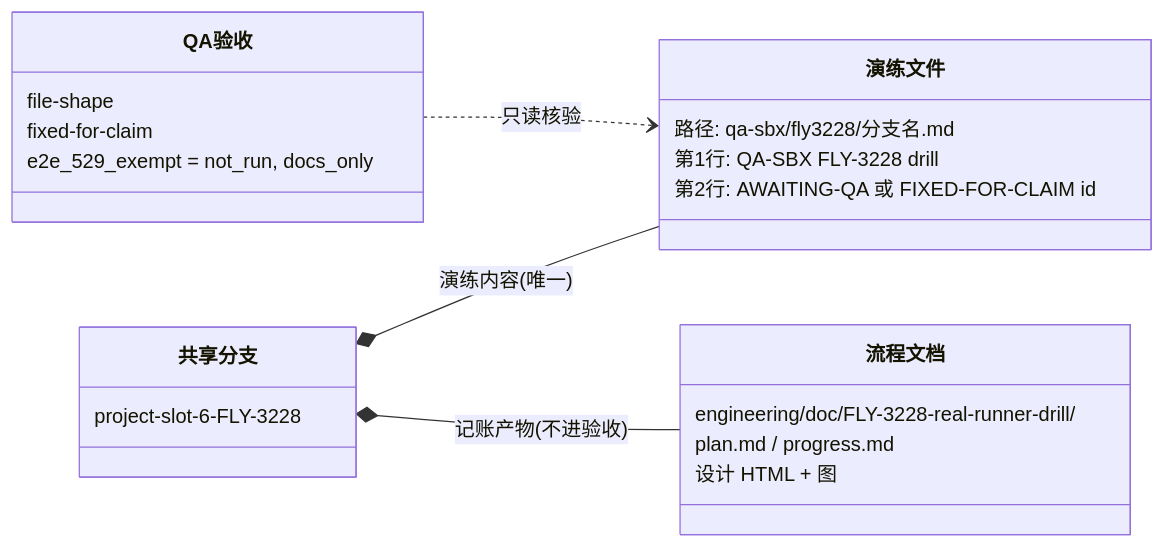
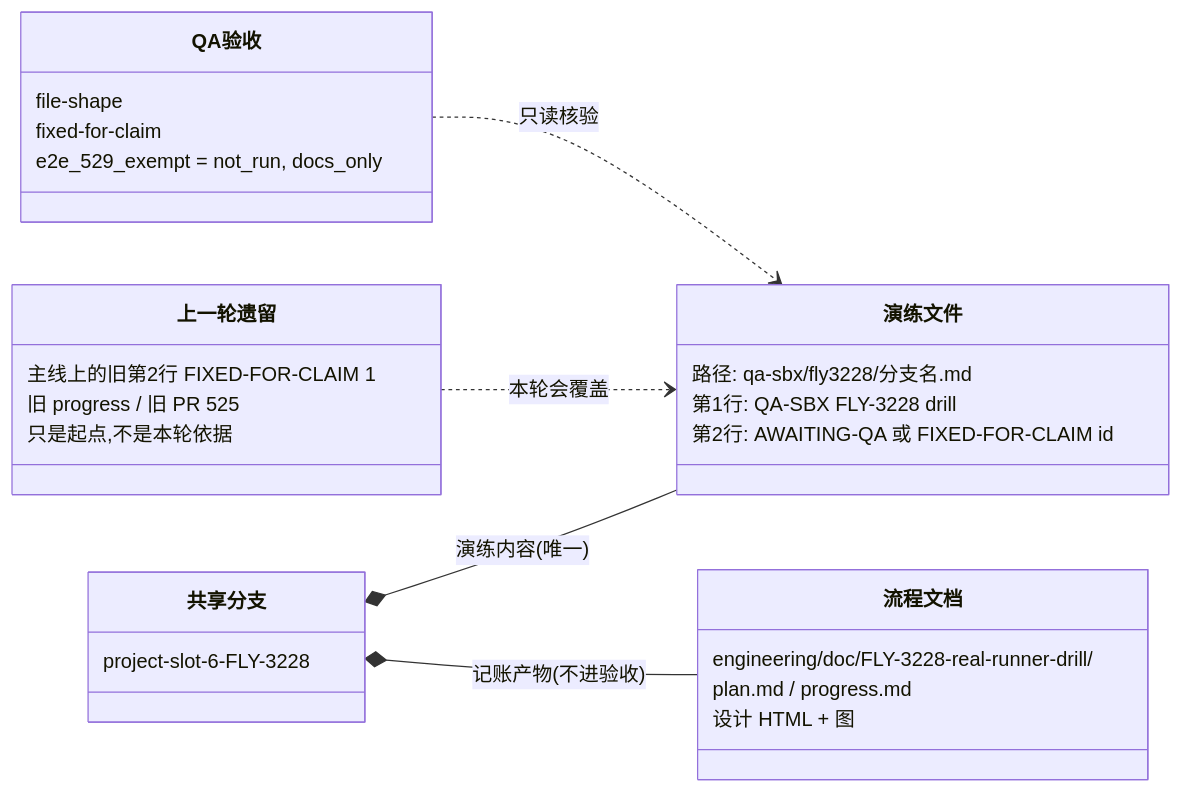
Before and after one commit to xrliAnnie/flywheel-qa-sandbox: the diagram in engineering/doc/FLY-3228-real-runner-drill/d2-data-model.mmd, drawn with Mermaid. The commit also changed 4 other files, not shown here.

```diff
--- a/engineering/doc/FLY-3228-real-runner-drill/d2-data-model.mmd
+++ b/engineering/doc/FLY-3228-real-runner-drill/d2-data-model.mmd
@@ -1,23 +1,29 @@
 classDiagram
     direction LR
     class 共享分支 {
         project-slot-6-FLY-3228
     }
     class 演练文件 {
         路径: qa-sbx/fly3228/分支名.md
         第1行: QA-SBX FLY-3228 drill
         第2行: AWAITING-QA 或 FIXED-FOR-CLAIM id
+    }
+    class 上一轮遗留 {
+        主线上的旧第2行 FIXED-FOR-CLAIM 1
+        旧 progress / 旧 PR 525
+        只是起点,不是本轮依据
     }
     class 流程文档 {
         engineering/doc/FLY-3228-real-runner-drill/
         plan.md / progress.md
         设计 HTML + 图
     }
     class QA验收 {
         file-shape
         fixed-for-claim
         e2e_529_exempt = not_run, docs_only
     }
     共享分支 *-- 演练文件 : 演练内容(唯一)
     共享分支 *-- 流程文档 : 记账产物(不进验收)
+    上一轮遗留 ..> 演练文件 : 本轮会覆盖
     QA验收 ..> 演练文件 : 只读核验
```
